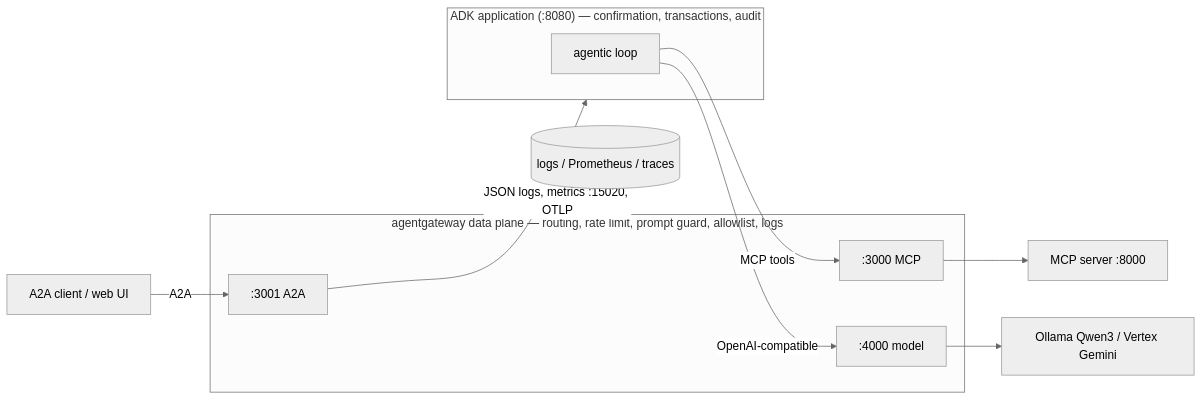
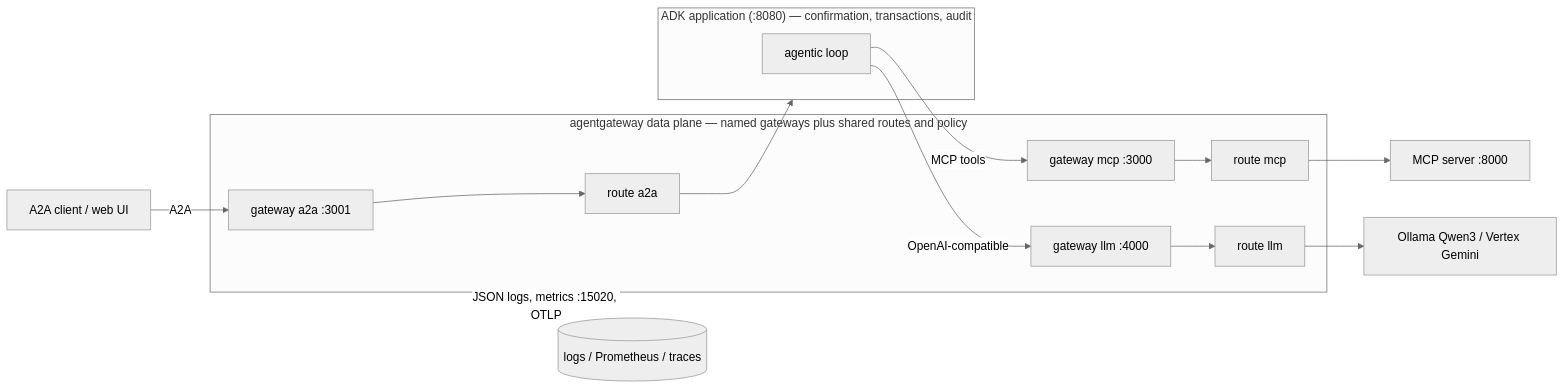
The first of 2 diagrams in content/5. Gateway/5.0. Gateway.md (LuiGGi629/agentops-open-course), drawn with Mermaid (neutral theme) before and after one commit. The commit also changed other lines of this file and 87 other files, not shown here.

````diff
--- a/content/5. Gateway/5.0. Gateway.md
+++ b/content/5. Gateway/5.0. Gateway.md
@@ -25,18 +25,18 @@
 ```mermaid
 flowchart LR
-    Client[A2A client / web UI] -->|A2A| L3001
-    subgraph GW["agentgateway data plane — routing, rate limit, prompt guard, allowlist, logs"]
-        L3001[":3001 A2A"]
-        L3000[":3000 MCP"]
-        L4000[":4000 model"]
+    Client[A2A client / web UI] -->|A2A| GA2A
+    subgraph GW["agentgateway data plane — named gateways plus shared routes and policy"]
+        GA2A["gateway a2a :3001"] --> RA2A["route a2a"]
+        GMCP["gateway mcp :3000"] --> RMCP["route mcp"]
+        GLLM["gateway llm :4000"] --> RLLM["route llm"]
     end
-    L3001 --> ADK
+    RA2A --> ADK
     subgraph ADK["ADK application (:8080) — confirmation, transactions, audit"]
         Loop[agentic loop]
     end
-    Loop -->|MCP tools| L3000
-    Loop -->|OpenAI-compatible| L4000
-    L3000 --> MCP[MCP server :8000]
-    L4000 --> Model[Ollama Qwen3 / Vertex Gemini]
+    Loop -->|MCP tools| GMCP
+    Loop -->|OpenAI-compatible| GLLM
+    RMCP --> MCP[MCP server :8000]
+    RLLM --> Model[Ollama Qwen3 / Vertex Gemini]
     GW -. JSON logs, metrics :15020, OTLP .-> Obs[(logs / Prometheus / traces)]
 ```
````
